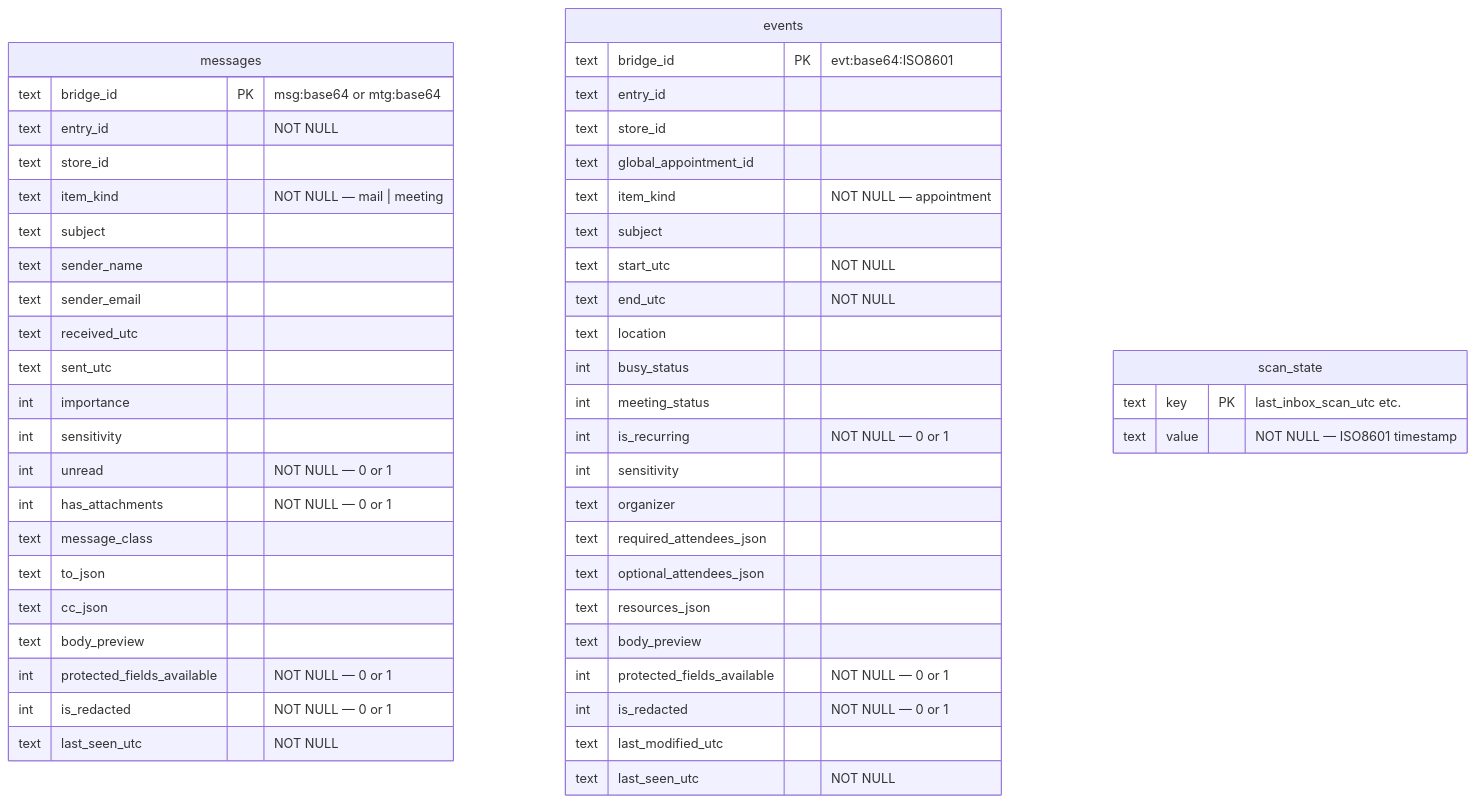
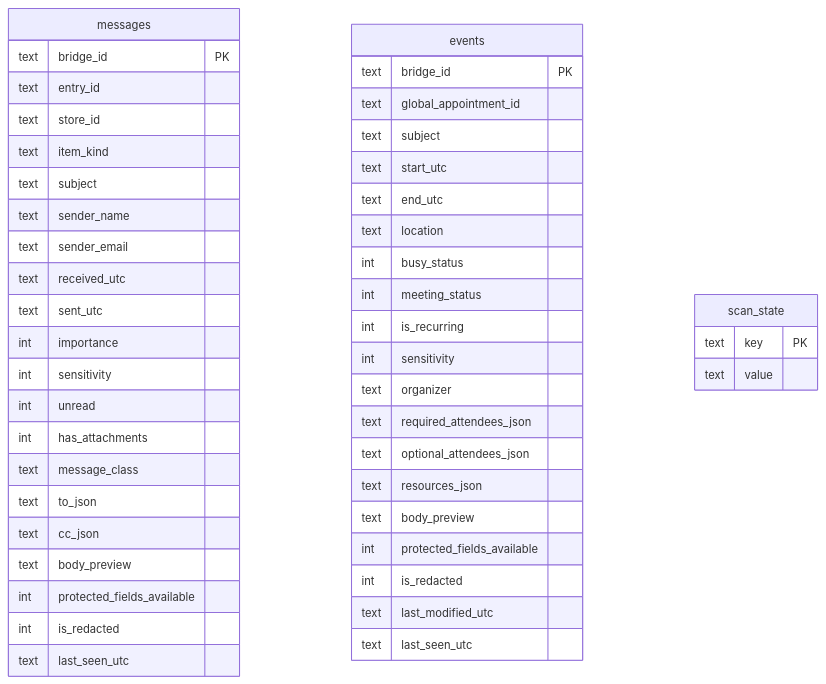
One commit to drmoisan/open-claw-bridge changed the ninth of 12 diagrams in docs/architecture-diagrams.md. Above: the diagram before and after it, drawn with Mermaid. The commit also changed other lines of this file and 3 other files, not shown here.

````diff
--- a/docs/architecture-diagrams.md
+++ b/docs/architecture-diagrams.md
@@ -255,55 +338,53 @@
 ```mermaid
+%%{init: {"themeVariables": {"fontSize": "14px"}, "er": {"fontSize": 14}}}%%
 erDiagram
     messages {
-        text bridge_id PK "msg:base64 or mtg:base64"
-        text entry_id "NOT NULL"
+        text bridge_id PK
+        text entry_id
         text store_id
-        text item_kind "NOT NULL — mail | meeting"
+        text item_kind
         text subject
         text sender_name
         text sender_email
         text received_utc
         text sent_utc
         int importance
         int sensitivity
-        int unread "NOT NULL — 0 or 1"
-        int has_attachments "NOT NULL — 0 or 1"
+        int unread
+        int has_attachments
         text message_class
         text to_json
         text cc_json
         text body_preview
-        int protected_fields_available "NOT NULL — 0 or 1"
-        int is_redacted "NOT NULL — 0 or 1"
-        text last_seen_utc "NOT NULL"
+        int protected_fields_available
+        int is_redacted
+        text last_seen_utc
     }
 
     events {
-        text bridge_id PK "evt:base64:ISO8601"
-        text entry_id
-        text store_id
+        text bridge_id PK
         text global_appointment_id
-        text item_kind "NOT NULL — appointment"
         text subject
-        text start_utc "NOT NULL"
-        text end_utc "NOT NULL"
+        text start_utc
+        text end_utc
         text location
         int busy_status
         int meeting_status
-        int is_recurring "NOT NULL — 0 or 1"
+        int is_recurring
         int sensitivity
         text organizer
         text required_attendees_json
         text optional_attendees_json
         text resources_json
         text body_preview
-        int protected_fields_available "NOT NULL — 0 or 1"
-        int is_redacted "NOT NULL — 0 or 1"
+        int protected_fields_available
+        int is_redacted
         text last_modified_utc
-        text last_seen_utc "NOT NULL"
+        text last_seen_utc
     }
 
     scan_state {
-        text key PK "last_inbox_scan_utc etc."
-        text value "NOT NULL — ISO8601 timestamp"
+        text key PK
+        text value
     }
 ```
````
